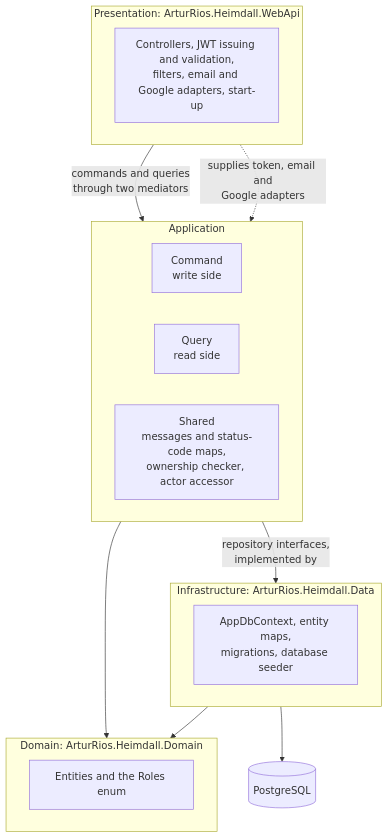
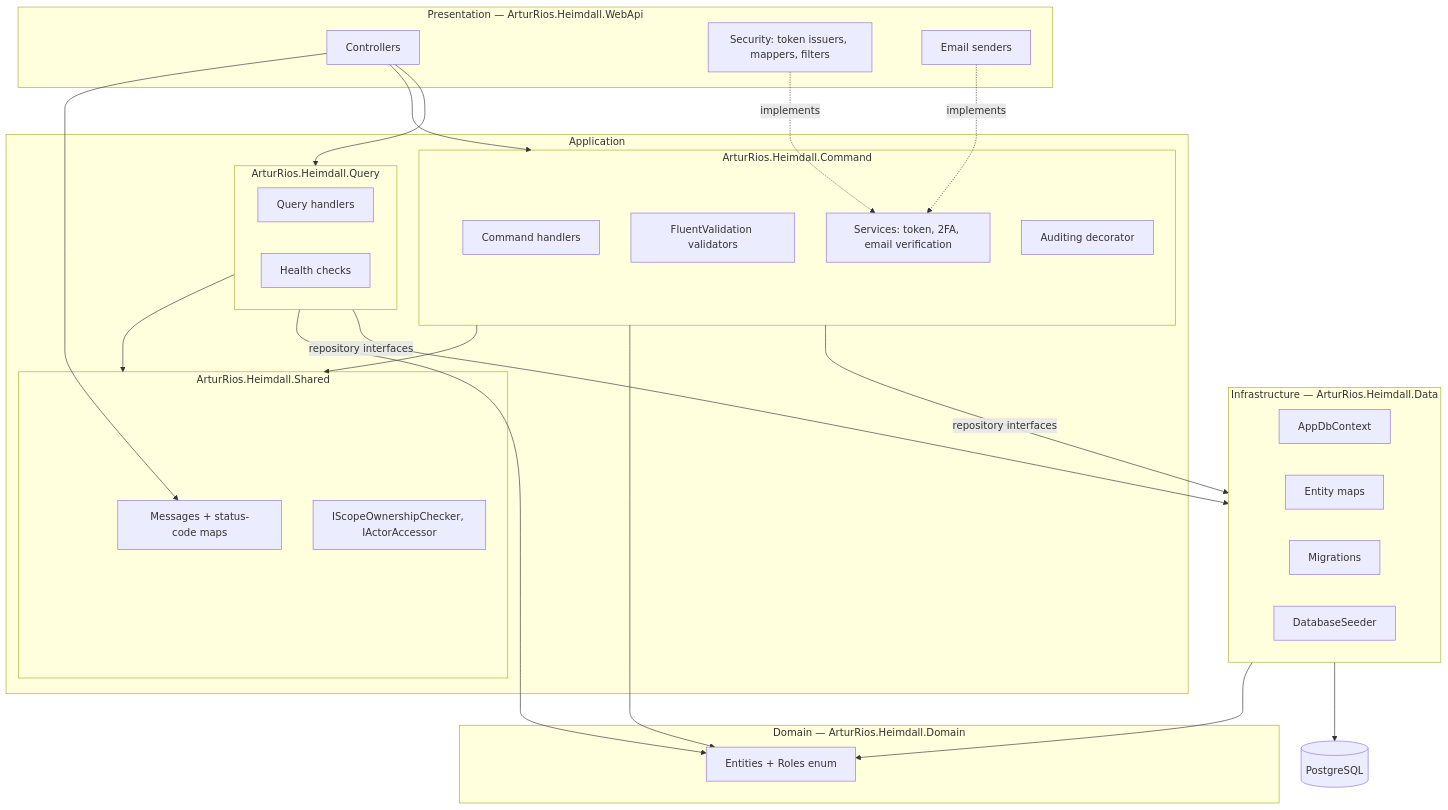
One commit to artur-rios/heimdall-docs changed the second of 7 diagrams in content/en/docs/architecture/_index.md. Above: the diagram before and after it, drawn with Mermaid. The commit also changed other lines of this file and 11 other files, not shown here.

Commit message:
docs: merge the api site's overview, architecture and setup pages

````diff
--- a/content/en/docs/architecture/_index.md
+++ b/content/en/docs/architecture/_index.md
@@ -93,25 +94,44 @@
 ```mermaid
-flowchart TB
-    subgraph pres["Presentation: ArturRios.Heimdall.WebApi"]
-        ctrl["Controllers, JWT issuing and validation,<br/>filters, email and Google adapters, start-up"]
+graph TB
+    subgraph P["Presentation — ArturRios.Heimdall.WebApi"]
+        CTRL[Controllers]
+        SEC[Security: token issuers, mappers, filters]
+        MAIL[Email senders]
     end
-    subgraph app["Application"]
-        cmd["Command<br/>write side"]
-        qry["Query<br/>read side"]
-        shr["Shared<br/>messages and status-code maps,<br/>ownership checker, actor accessor"]
+    subgraph A["Application"]
+        subgraph CMD["ArturRios.Heimdall.Command"]
+            CH[Command handlers]
+            CV[FluentValidation validators]
+            CS[Services: token, 2FA, email verification]
+            AUD[Auditing decorator]
+        end
+        subgraph QRY["ArturRios.Heimdall.Query"]
+            QH[Query handlers]
+            HC[Health checks]
+        end
+        subgraph SHR["ArturRios.Heimdall.Shared"]
+            MSG[Messages + status-code maps]
+            OWN[IScopeOwnershipChecker, IActorAccessor]
+        end
     end
-    subgraph dom["Domain: ArturRios.Heimdall.Domain"]
-        ent["Entities and the Roles enum"]
+    subgraph D["Domain — ArturRios.Heimdall.Domain"]
+        ENT[Entities + Roles enum]
     end
-    subgraph infra["Infrastructure: ArturRios.Heimdall.Data"]
-        data["AppDbContext, entity maps,<br/>migrations, database seeder"]
+    subgraph I["Infrastructure — ArturRios.Heimdall.Data"]
+        CTX[AppDbContext]
+        MAPS[Entity maps]
+        MIG[Migrations]
+        SEED[DatabaseSeeder]
     end
-    pg[("PostgreSQL")]
+    PG[("PostgreSQL")]
 
-    pres -->|"commands and queries<br/>through two mediators"| app
-    app --> dom
-    app -->|"repository interfaces,<br/>implemented by"| infra
-    infra --> dom
-    infra --> pg
-    pres -.->|"supplies token, email and<br/>Google adapters"| app
+    CTRL --> CMD & QRY
+    CTRL --> MSG
+    CMD & QRY --> SHR
+    CMD & QRY --> ENT
+    CMD & QRY -->|repository interfaces| I
+    I --> ENT
+    I --> PG
+    SEC -.implements.-> CS
+    MAIL -.implements.-> CS
 ```
````
